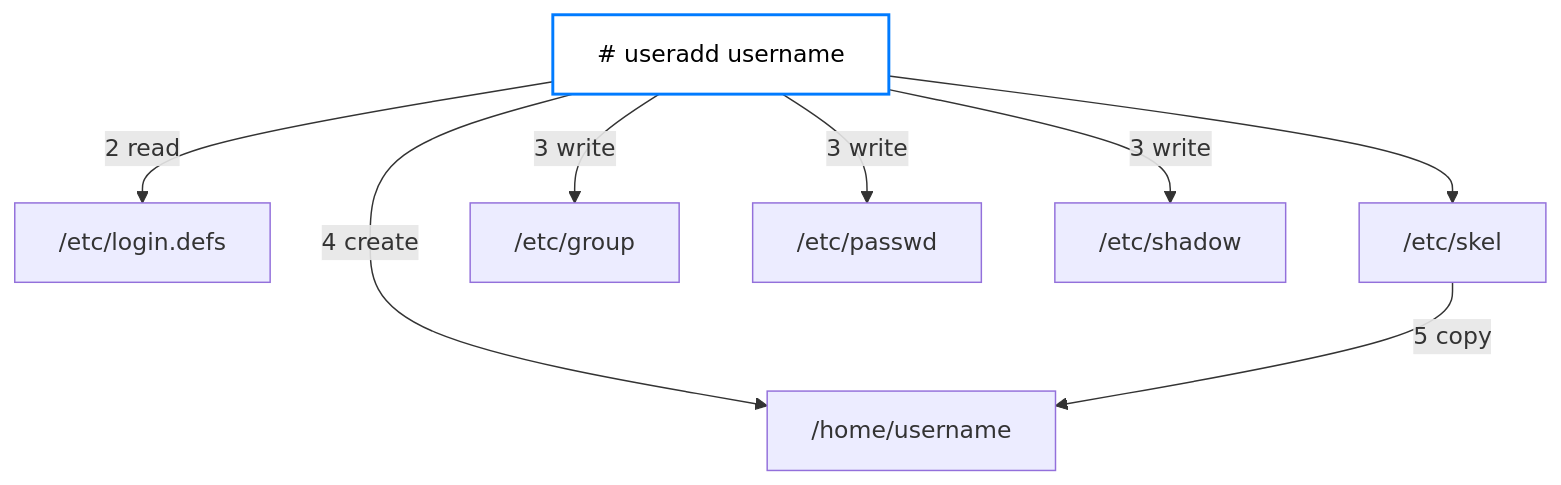
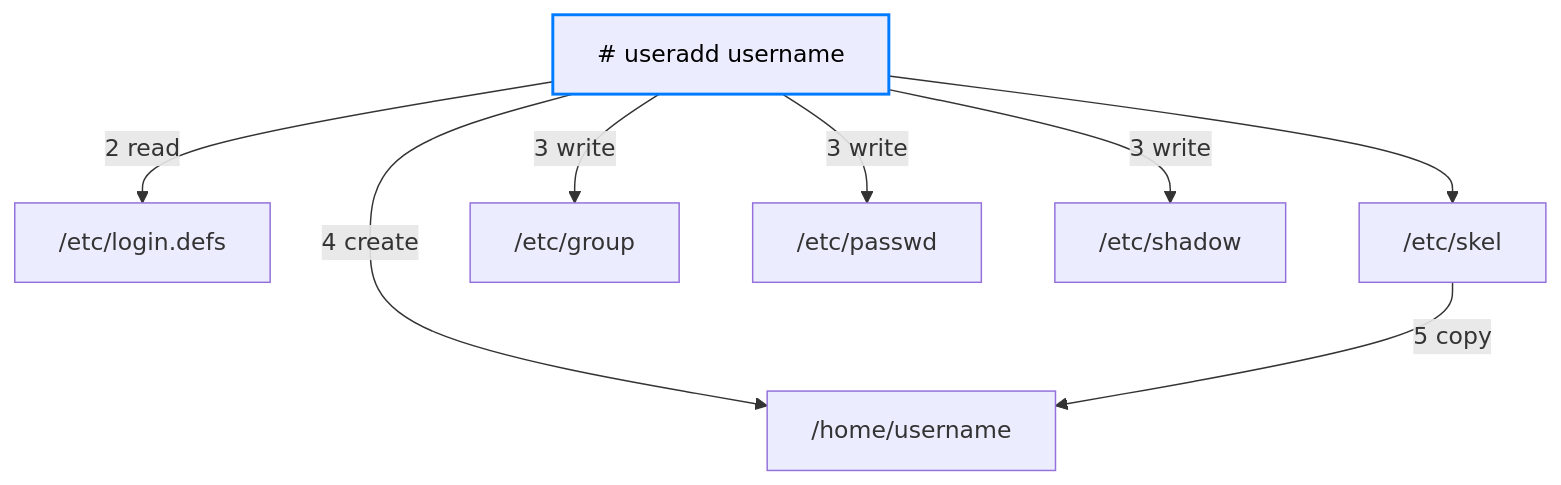
Before and after one commit to whosarian/knowledgedatabase: the diagram in docs/linux/users_and_groups.md, drawn with Mermaid. The commit also changed other lines of this file and 2 other files, not shown here.

````diff
--- a/docs/linux/users_and_groups.md
+++ b/docs/linux/users_and_groups.md
@@ -62,26 +70,22 @@
 ``` mermaid
 graph TD
-    %% Zentrale Aktion
     UA["# useradd username"]:::main
 
-    %% Dateien und Pfade
     LOGIN["/etc/login.defs"]
     SKEL["/etc/skel"]
     HOME["/home/username"]
     GROUP["/etc/group"]
     PASSWD["/etc/passwd"]
     SHADOW["/etc/shadow"]
 
-    %% Verbindungen mit Nummerierung
     UA -->|2 read| LOGIN
     UA -->|3 write| GROUP
     UA -->|3 write| PASSWD
     UA -->|3 write| SHADOW
     UA -->|4 create| HOME
     UA --> SKEL
     SKEL -->|5 copy| HOME
 
-    %% Styling
-    classDef main fill:#fff,stroke:#007bff,stroke-width:2px;
+    classDef main stroke:#007bff,stroke-width:2px;
     style UA color:#000
 ```
````
